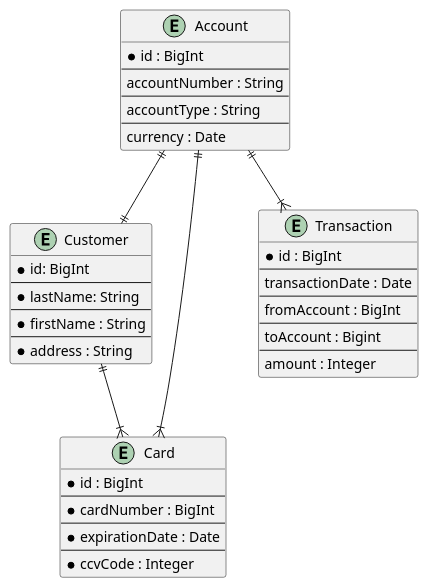
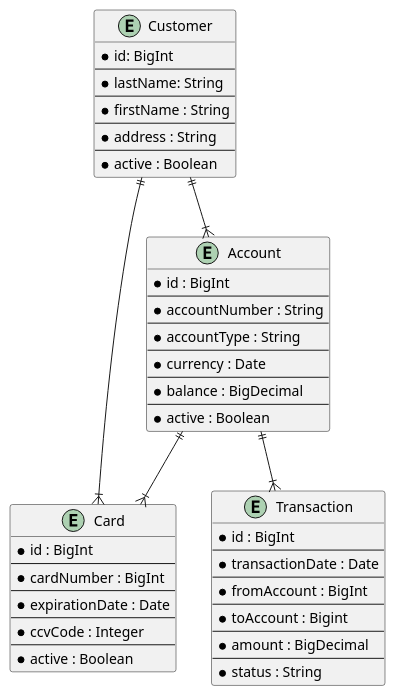
The diagram in src/main/resources/logical-data-model.puml (cstenkes/payment), drawn with PlantUML before and after one commit. The commit also changed 5 other files, not shown here.

```diff
--- a/src/main/resources/logical-data-model.puml
+++ b/src/main/resources/logical-data-model.puml
@@ -1,53 +1,63 @@
 @startuml
 
 entity "Account" as account {
   *id : BigInt
   --
-  accountNumber : String
+  *accountNumber : String
   --
-  accountType : String
+  *accountType : String
   --
-  currency : Date
+  *currency : Date
+  --
+  *balance : BigDecimal
+  --
+  *active : Boolean
 }
 
 entity "Customer" as customer {
   *id: BigInt
   --
   *lastName: String
   --
   *firstName : String
   --
   *address : String
+  --
+  *active : Boolean
 }
 
 entity "Card" as card {
   *id : BigInt
   --
   *cardNumber : BigInt
   --
   *expirationDate : Date
   --
   *ccvCode : Integer
+  --
+  *active : Boolean
 }
 
 entity "Transaction" as transaction {
   *id : BigInt
   --
-  transactionDate : Date
+  *transactionDate : Date
   --
-  fromAccount : BigInt
+  *fromAccount : BigInt
   --
-  toAccount : Bigint
+  *toAccount : Bigint
   --
-  amount : Integer
+  *amount : BigDecimal
+  --
+  *status : String
 }
 
-account ||--|| customer
+customer ||--|{ account
 
 account ||--|{ transaction
 
 account ||--|{ card
 
 customer ||--|{ card
 
 @enduml
```
